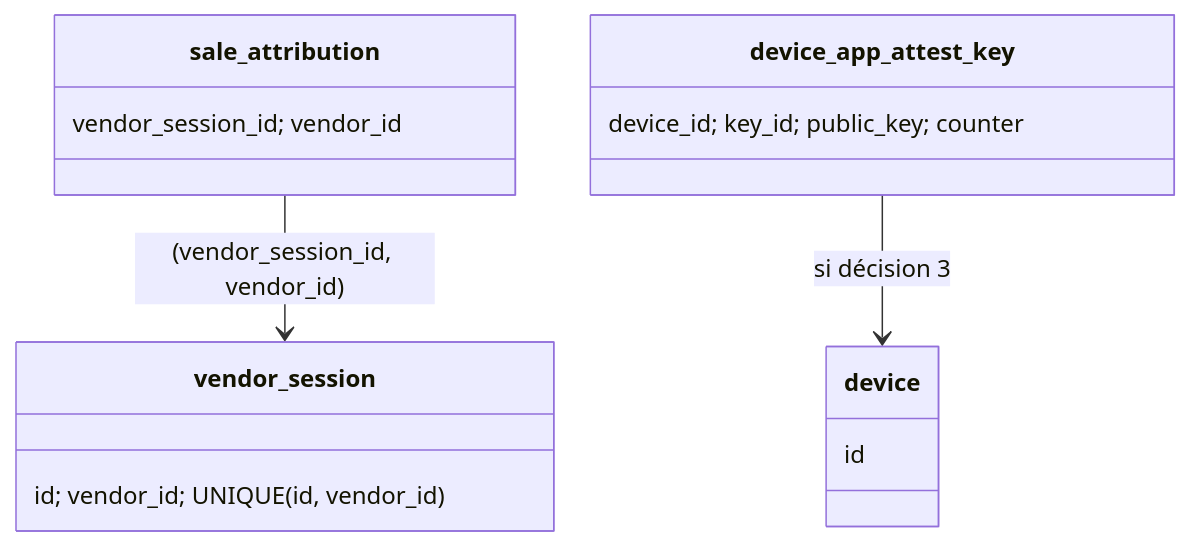
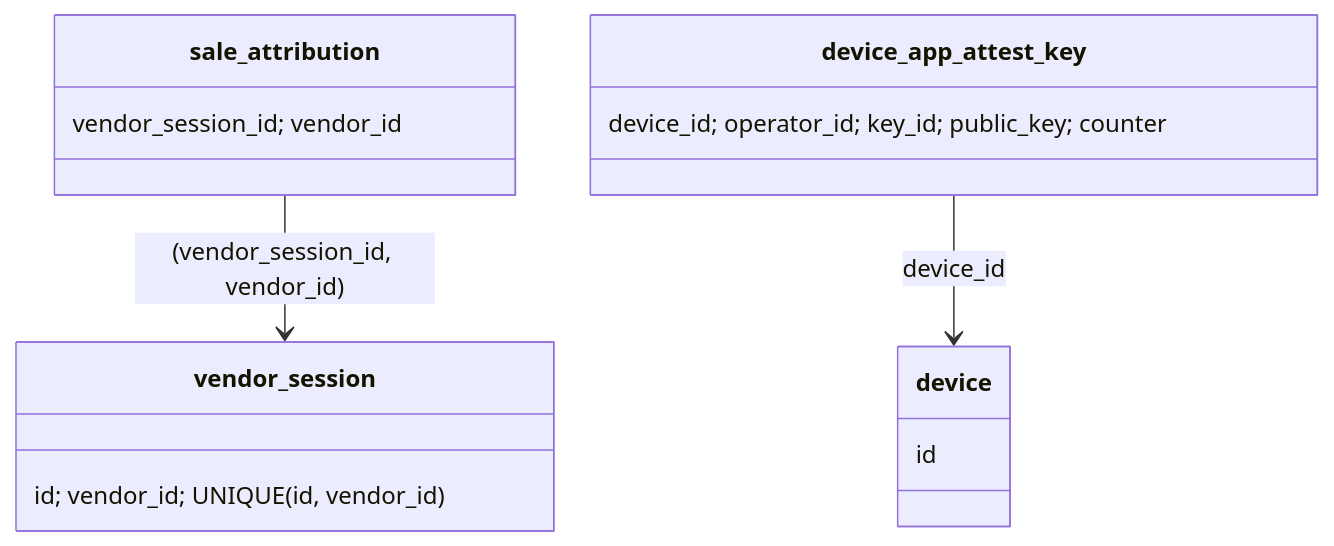
Before and after one commit to atrona8/cashless-platform: diagram 12 of 12 in docs/09-class-diagram.md, drawn with Mermaid. The commit also changed other lines of this file and 21 other files, not shown here.

````diff
--- a/docs/09-class-diagram.md
+++ b/docs/09-class-diagram.md
@@ -686,9 +687,9 @@
 ```mermaid
 classDiagram
   class vendor_session { id; vendor_id; UNIQUE(id, vendor_id) }
   class sale_attribution { vendor_session_id; vendor_id }
   class device { id }
-  class device_app_attest_key { device_id; key_id; public_key; counter }
+  class device_app_attest_key { device_id; operator_id; key_id; public_key; counter }
   sale_attribution --> vendor_session : (vendor_session_id, vendor_id)
-  device_app_attest_key --> device : si décision 3
+  device_app_attest_key --> device : device_id
 ```
````
